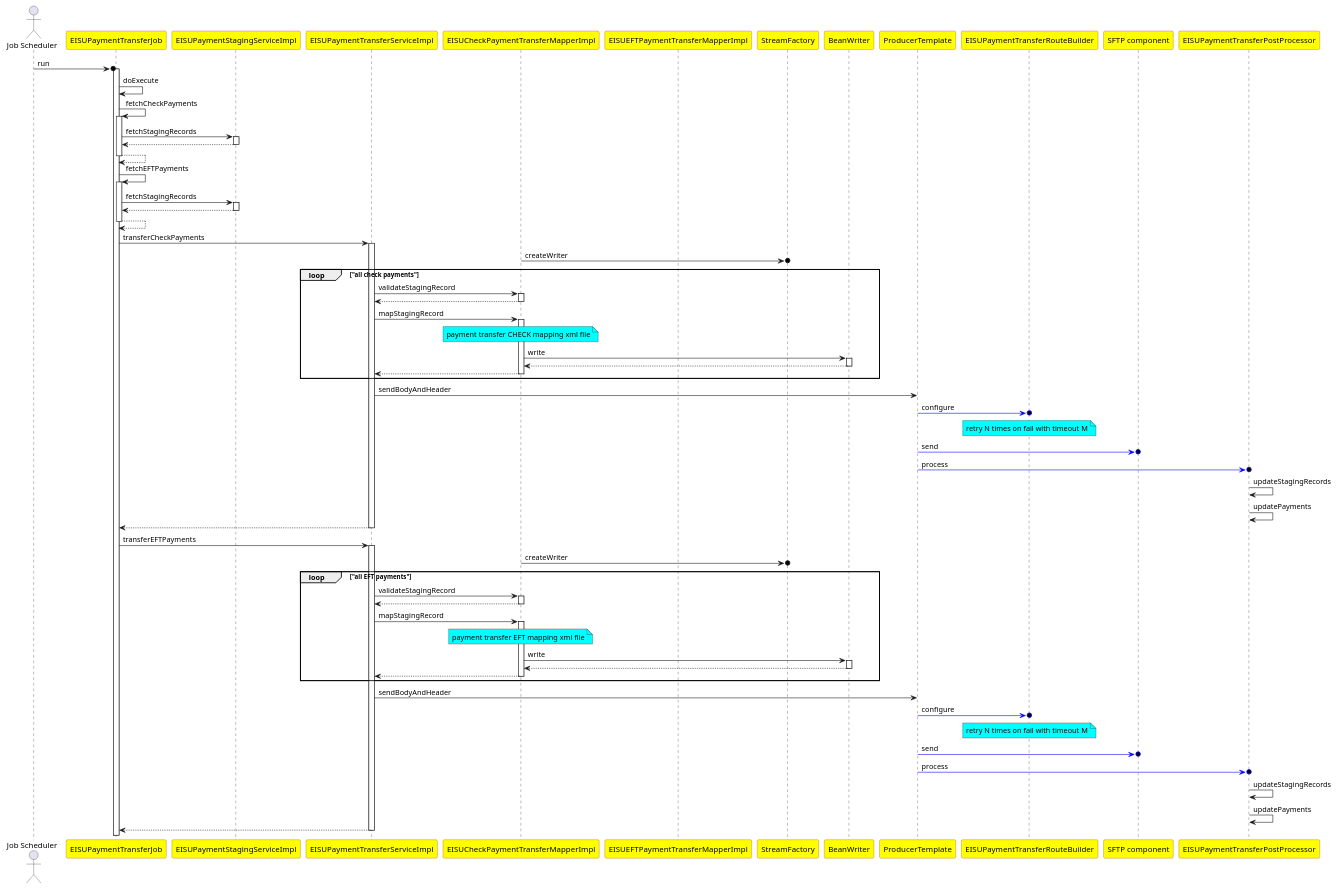
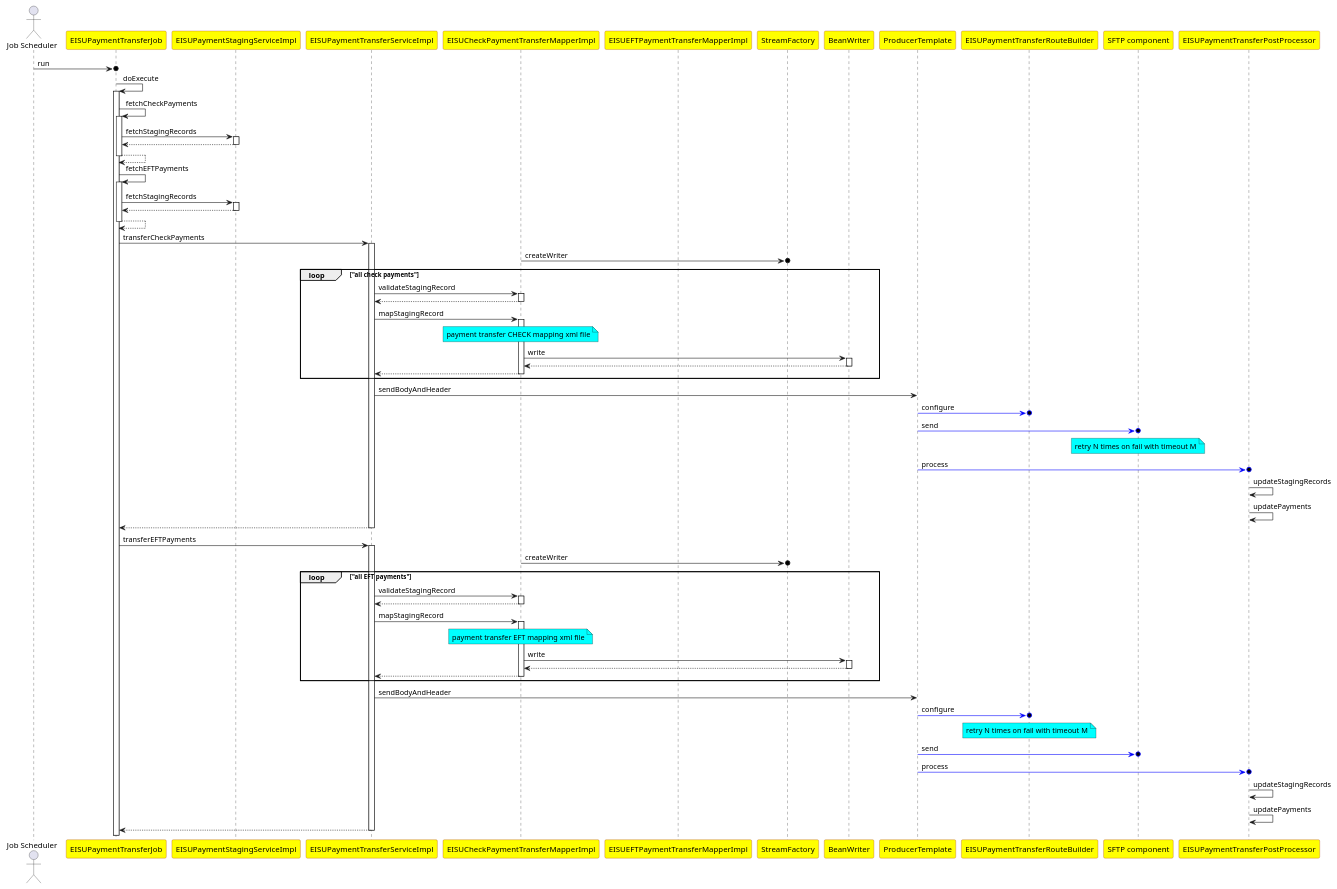
One commit to evgueni-spb/bootcamp changed the diagram in payment-transfer-sequence.puml. Above: the diagram before and after it, drawn with PlantUML. The commit also changed 25 other files, not shown here.

```diff
--- a/payment-transfer-sequence.puml
+++ b/payment-transfer-sequence.puml
@@ -1,77 +1,77 @@
 @startuml
 skinparam  participant {
   BackgroundColor yellow
   BorderColor brown
 }
 
 actor "Job Scheduler"
 participant EISUPaymentTransferJob
 participant EISUPaymentStagingServiceImpl
 participant EISUPaymentTransferServiceImpl
 participant EISUCheckPaymentTransferMapperImpl
 participant EISUEFTPaymentTransferMapperImpl
 participant StreamFactory
 participant BeanWriter
 participant ProducerTemplate
 participant EISUPaymentTransferRouteBuilder
 participant "SFTP component"
 participant EISUPaymentTransferPostProcessor
 
 
 
-"Job Scheduler" ->o EISUPaymentTransferJob ++ : run
-EISUPaymentTransferJob -> EISUPaymentTransferJob: doExecute
+"Job Scheduler" ->o EISUPaymentTransferJob : run
+EISUPaymentTransferJob -> EISUPaymentTransferJob ++: doExecute
 EISUPaymentTransferJob -> EISUPaymentTransferJob ++ : fetchCheckPayments
 EISUPaymentTransferJob -> EISUPaymentStagingServiceImpl ++ : fetchStagingRecords
 return
 return
 
 EISUPaymentTransferJob -> EISUPaymentTransferJob ++ : fetchEFTPayments
 EISUPaymentTransferJob -> EISUPaymentStagingServiceImpl ++: fetchStagingRecords
 return
 return
 
 EISUPaymentTransferJob -> EISUPaymentTransferServiceImpl ++ : transferCheckPayments
 EISUCheckPaymentTransferMapperImpl ->o StreamFactory :createWriter
 loop "all check payments"
 EISUPaymentTransferServiceImpl -> EISUCheckPaymentTransferMapperImpl ++ :validateStagingRecord
 return
 EISUPaymentTransferServiceImpl -> EISUCheckPaymentTransferMapperImpl ++ :mapStagingRecord
 note over EISUCheckPaymentTransferMapperImpl #aqua :payment transfer CHECK mapping xml file
 EISUCheckPaymentTransferMapperImpl -> BeanWriter ++ :write
 return
 
 return
 end
 EISUPaymentTransferServiceImpl -> ProducerTemplate : sendBodyAndHeader
 ProducerTemplate -[#blue]>o EISUPaymentTransferRouteBuilder:configure
-note over EISUPaymentTransferRouteBuilder #aqua : retry N times on fail with timeout M
 ProducerTemplate -[#blue]>o "SFTP component":send
+note over "SFTP component" #aqua : retry N times on fail with timeout M
 ProducerTemplate -[#blue]>o EISUPaymentTransferPostProcessor:process
 EISUPaymentTransferPostProcessor -> EISUPaymentTransferPostProcessor:updateStagingRecords
 EISUPaymentTransferPostProcessor -> EISUPaymentTransferPostProcessor:updatePayments
 return
 
 EISUPaymentTransferJob -> EISUPaymentTransferServiceImpl ++ : transferEFTPayments
 EISUCheckPaymentTransferMapperImpl ->o StreamFactory :createWriter
 loop "all EFT payments"
 EISUPaymentTransferServiceImpl -> EISUCheckPaymentTransferMapperImpl ++ :validateStagingRecord
 return
 EISUPaymentTransferServiceImpl -> EISUCheckPaymentTransferMapperImpl ++ :mapStagingRecord
 note over EISUCheckPaymentTransferMapperImpl #aqua :payment transfer EFT mapping xml file
 EISUCheckPaymentTransferMapperImpl -> BeanWriter ++ :write
 return
 
 return
 end
 EISUPaymentTransferServiceImpl -> ProducerTemplate : sendBodyAndHeader
 ProducerTemplate -[#blue]>o EISUPaymentTransferRouteBuilder:configure
 note over EISUPaymentTransferRouteBuilder #aqua : retry N times on fail with timeout M
 ProducerTemplate -[#blue]>o "SFTP component":send
 ProducerTemplate -[#blue]>o EISUPaymentTransferPostProcessor:process
 EISUPaymentTransferPostProcessor -> EISUPaymentTransferPostProcessor:updateStagingRecords
 EISUPaymentTransferPostProcessor -> EISUPaymentTransferPostProcessor:updatePayments
 return
 
 
 @enduml
```
